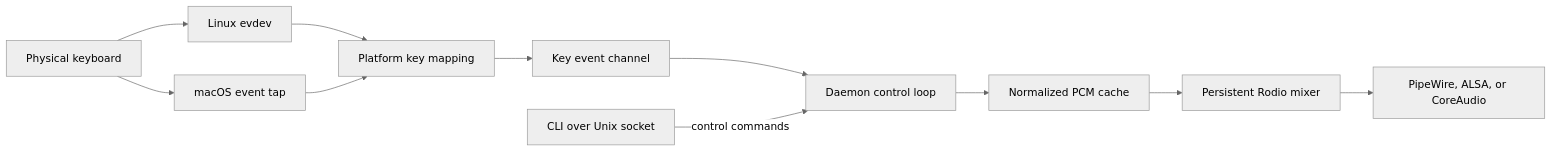
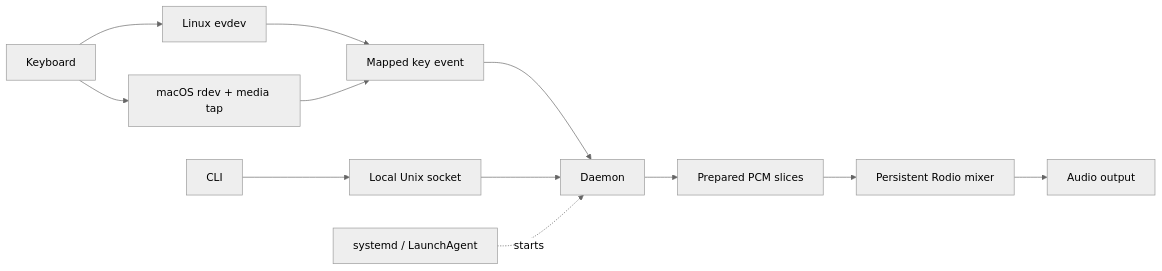
One commit to Muneer320/klicky changed the diagram in README.md. Above: the diagram before and after it, drawn with Mermaid (neutral theme). The commit also changed other lines of this file, not shown here.

````diff
--- a/README.md
+++ b/README.md
@@ -84,24 +272,11 @@
 ```mermaid
 flowchart LR
-    K[Physical keyboard]
-    LNX[Linux evdev]
-    MAC[macOS event tap]
-    MAP[Platform key mapping]
-    CH[Key event channel]
-    DAEMON[Daemon control loop]
-    CACHE[Normalized PCM cache]
-    MIX[Persistent Rodio mixer]
-    OUT[PipeWire, ALSA, or CoreAudio]
-    IPC[CLI over Unix socket]
-
-    K --> LNX
-    K --> MAC
-    LNX --> MAP
-    MAC --> MAP
-    MAP --> CH
-    CH --> DAEMON
-    IPC -->|control commands| DAEMON
-    DAEMON --> CACHE
-    CACHE --> MIX
-    MIX --> OUT
+  KEY[Keyboard] --> LINUX[Linux evdev]
+  KEY --> MAC[macOS rdev + media tap]
+  LINUX --> EVENT[Mapped key event]
+  MAC --> EVENT
+  EVENT --> DAEMON[Daemon]
+  CLI[CLI] --> IPC[Local Unix socket] --> DAEMON
+  SERVICE[systemd / LaunchAgent] -. starts .-> DAEMON
+  DAEMON --> PCM[Prepared PCM slices] --> MIX[Persistent Rodio mixer] --> OUT[Audio output]
 ```
````
